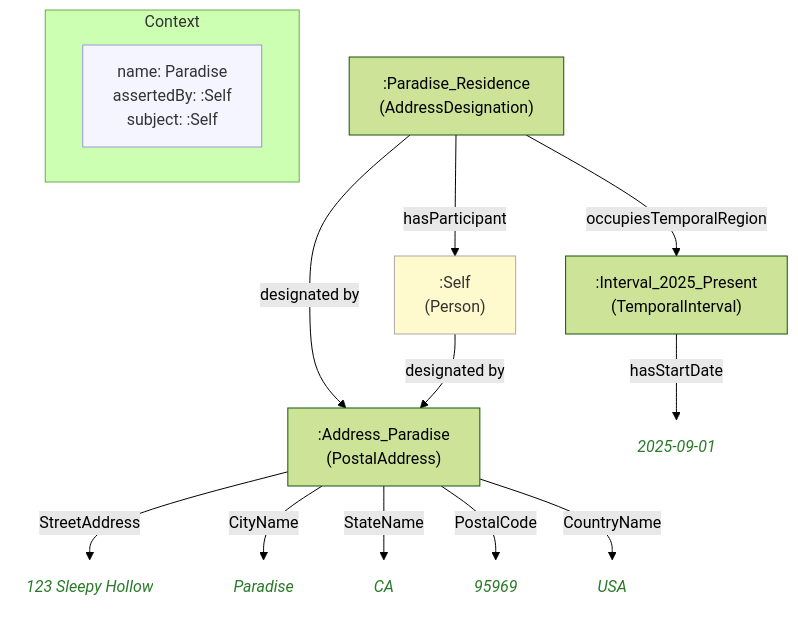
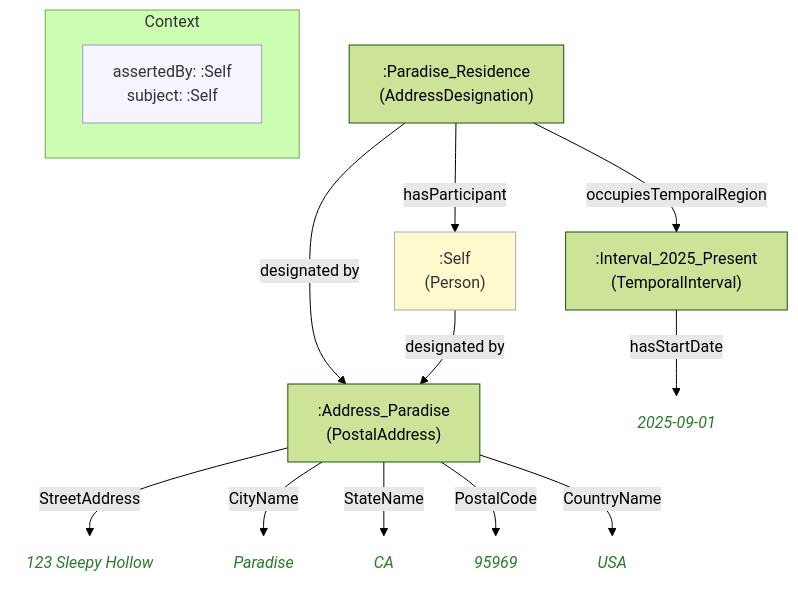
Before and after one commit to MeeFoundation/mia-ontologies: the diagram in example/contexts/images/14-alice(paradise)alice.mmd, drawn with Mermaid (forest theme). The commit also changed 118 other files, not shown here.

```diff
--- a/example/contexts/images/14-alice(paradise)alice.mmd
+++ b/example/contexts/images/14-alice(paradise)alice.mmd
@@ -1,33 +1,33 @@
 flowchart TD
     classDef person fill:#fffacd,stroke:#aaa,color:#333
     classDef grp    fill:#d4edda,stroke:#aaa,color:#333
     classDef org    fill:#cce5ff,stroke:#aaa,color:#333
     classDef lit    fill:none,stroke:none,font-style:italic,color:#2a7a2a
     classDef meta   fill:#f5f5ff,stroke:#9999cc,color:#333
 
     subgraph ctx["Context"]
         direction LR
-        ctx_meta["name: Paradise\nassertedBy: :Self\nsubject: :Self"]:::meta
+        ctx_meta["assertedBy: :Self\nsubject: :Self"]:::meta
     end
 
     ndbcf44a48000[":Address_Paradise\n(PostalAddress)"]
-    nc98e06012415("123 Sleepy Hollow"):::lit
-    ncdc32caacc4a("Paradise"):::lit
-    n15508450c07a("CA"):::lit
-    n3f3383af731f("95969"):::lit
-    n8e6e9511c32c("USA"):::lit
+    n8b045b8e9d62("123 Sleepy Hollow"):::lit
+    n2e29f9cef32d("Paradise"):::lit
+    n8a31b14c8fda("CA"):::lit
+    n1bea292d5b77("95969"):::lit
+    n875eeb04d162("USA"):::lit
     naf26563dc3c8[":Interval_2025_Present\n(TemporalInterval)"]
     n8987ca649e35("2025-09-01"):::lit
     n0eecd6ebe039[":Paradise_Residence\n(AddressDesignation)"]
     ne0c3ba92f1db[":Self\n(Person)"]:::person
 
-    ndbcf44a48000 -->|"StreetAddress"| nc98e06012415
-    ndbcf44a48000 -->|"CityName"| ncdc32caacc4a
-    ndbcf44a48000 -->|"StateName"| n15508450c07a
-    ndbcf44a48000 -->|"PostalCode"| n3f3383af731f
-    ndbcf44a48000 -->|"CountryName"| n8e6e9511c32c
+    ndbcf44a48000 -->|"StreetAddress"| n8b045b8e9d62
+    ndbcf44a48000 -->|"CityName"| n2e29f9cef32d
+    ndbcf44a48000 -->|"StateName"| n8a31b14c8fda
+    ndbcf44a48000 -->|"PostalCode"| n1bea292d5b77
+    ndbcf44a48000 -->|"CountryName"| n875eeb04d162
     naf26563dc3c8 -->|"hasStartDate"| n8987ca649e35
     n0eecd6ebe039 -->|"hasParticipant"| ne0c3ba92f1db
     n0eecd6ebe039 -->|"designated by"| ndbcf44a48000
     n0eecd6ebe039 -->|"occupiesTemporalRegion"| naf26563dc3c8
     ne0c3ba92f1db -->|"designated by"| ndbcf44a48000
```
